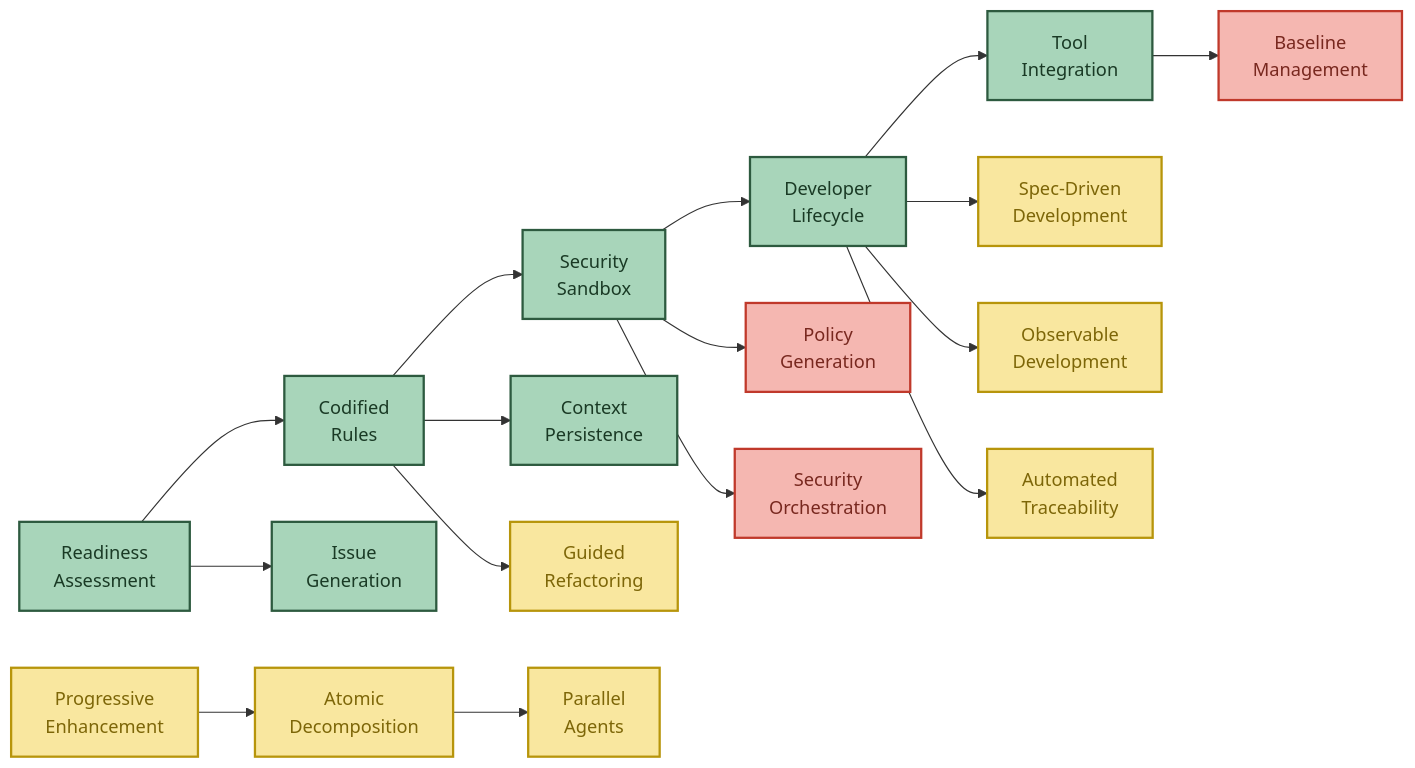
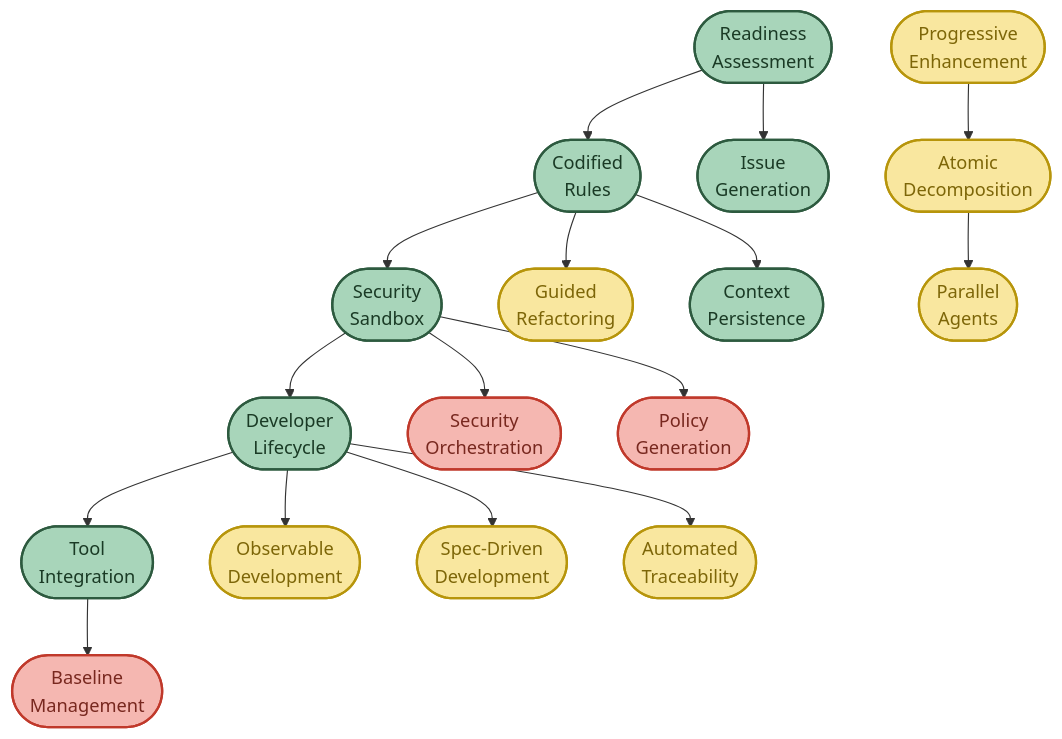
The first of 13 diagrams in README.md (PaulDuvall/ai-development-patterns), drawn with Mermaid before and after one commit.

Commit message:
refactor: create winding flow pattern diagram
- Switch to top-to-bottom layout for cascading flow
- Use stadium-shaped nodes for organic appearance
- Organize into visual rows that branch and loop
- Creates tree-like structure that winds down the page

🤖 Generated with [Claude Code](https://claude.com/claude-code)

````diff
--- a/README.md
+++ b/README.md
@@ -14,36 +14,34 @@
 ```mermaid
-graph LR
-    %% FOUNDATION CHAIN
-    RA[Readiness<br/>Assessment] --> CR[Codified<br/>Rules]
-    CR --> SS[Security<br/>Sandbox]
-    SS --> DL[Developer<br/>Lifecycle]
-    DL --> TI[Tool<br/>Integration]
+graph TB
+    %% ROW 1: Foundation start (left to right)
+    RA([Readiness<br/>Assessment]) --> CR([Codified<br/>Rules])
+    CR --> SS([Security<br/>Sandbox])
+    SS --> DL([Developer<br/>Lifecycle])
+    DL --> TI([Tool<br/>Integration])
 
-    %% FOUNDATION BRANCHES
-    RA --> IG[Issue<br/>Generation]
-    CR --> CP[Context<br/>Persistence]
+    %% ROW 2: Operations & branches (loops back)
+    TI --> BM([Baseline<br/>Management])
+    SS --> SO([Security<br/>Orchestration])
+    SS --> PG([Policy<br/>Generation])
 
-    %% DEVELOPMENT FROM FOUNDATION
-    DL --> SD[Spec-Driven<br/>Development]
-    DL --> OD[Observable<br/>Development]
-    DL --> AT[Automated<br/>Traceability]
-    CR --> GR[Guided<br/>Refactoring]
+    %% ROW 3: Development patterns (flows forward again)
+    DL --> OD([Observable<br/>Development])
+    DL --> SD([Spec-Driven<br/>Development])
+    DL --> AT([Automated<br/>Traceability])
+    CR --> GR([Guided<br/>Refactoring])
+    CR --> CP([Context<br/>Persistence])
+    RA --> IG([Issue<br/>Generation])
 
-    %% DEVELOPMENT CHAIN
-    PE[Progressive<br/>Enhancement] --> AD[Atomic<br/>Decomposition]
-    AD --> PA[Parallel<br/>Agents]
-
-    %% OPERATIONS
-    SS --> PG[Policy<br/>Generation]
-    SS --> SO[Security<br/>Orchestration]
-    TI --> BM[Baseline<br/>Management]
+    %% ROW 4: Development chain
+    PE([Progressive<br/>Enhancement]) --> AD([Atomic<br/>Decomposition])
+    AD --> PA([Parallel<br/>Agents])
 
     %% STYLING
     classDef foundation fill:#a8d5ba,stroke:#2d5a3f,stroke-width:2px,color:#1a3a25
     classDef development fill:#f9e79f,stroke:#b7950b,stroke-width:2px,color:#7d6608
     classDef operations fill:#f5b7b1,stroke:#c0392b,stroke-width:2px,color:#78281f
 
     class RA,CR,SS,DL,TI,IG,CP foundation
     class PE,SD,AD,PA,OD,GR,AT development
     class PG,SO,BM operations
 ```
````
